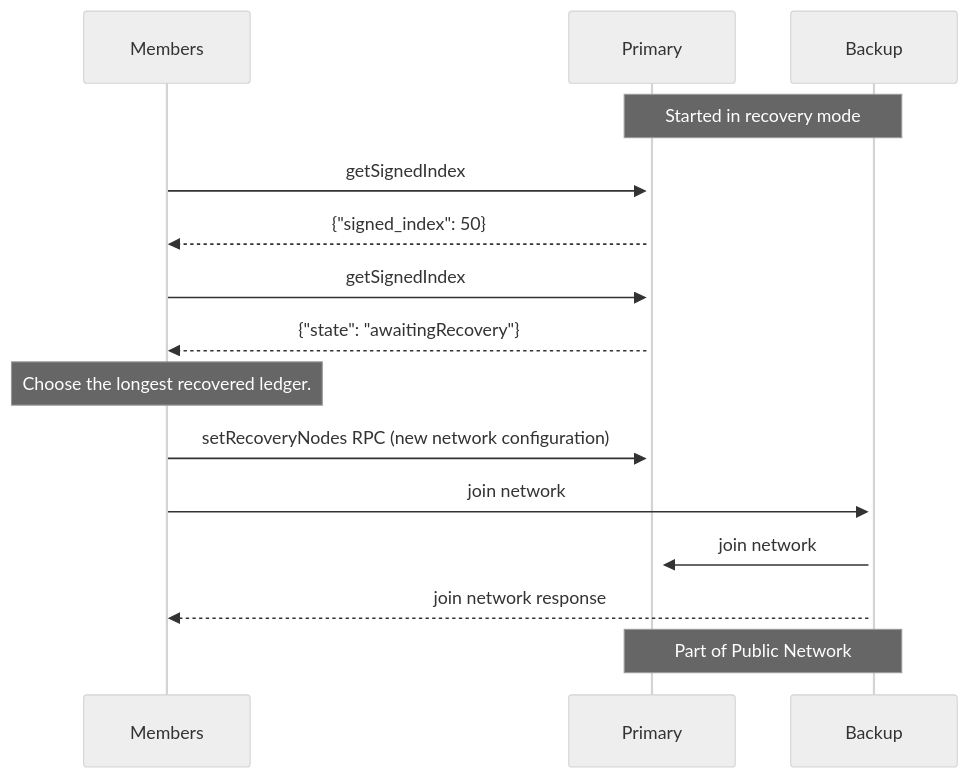
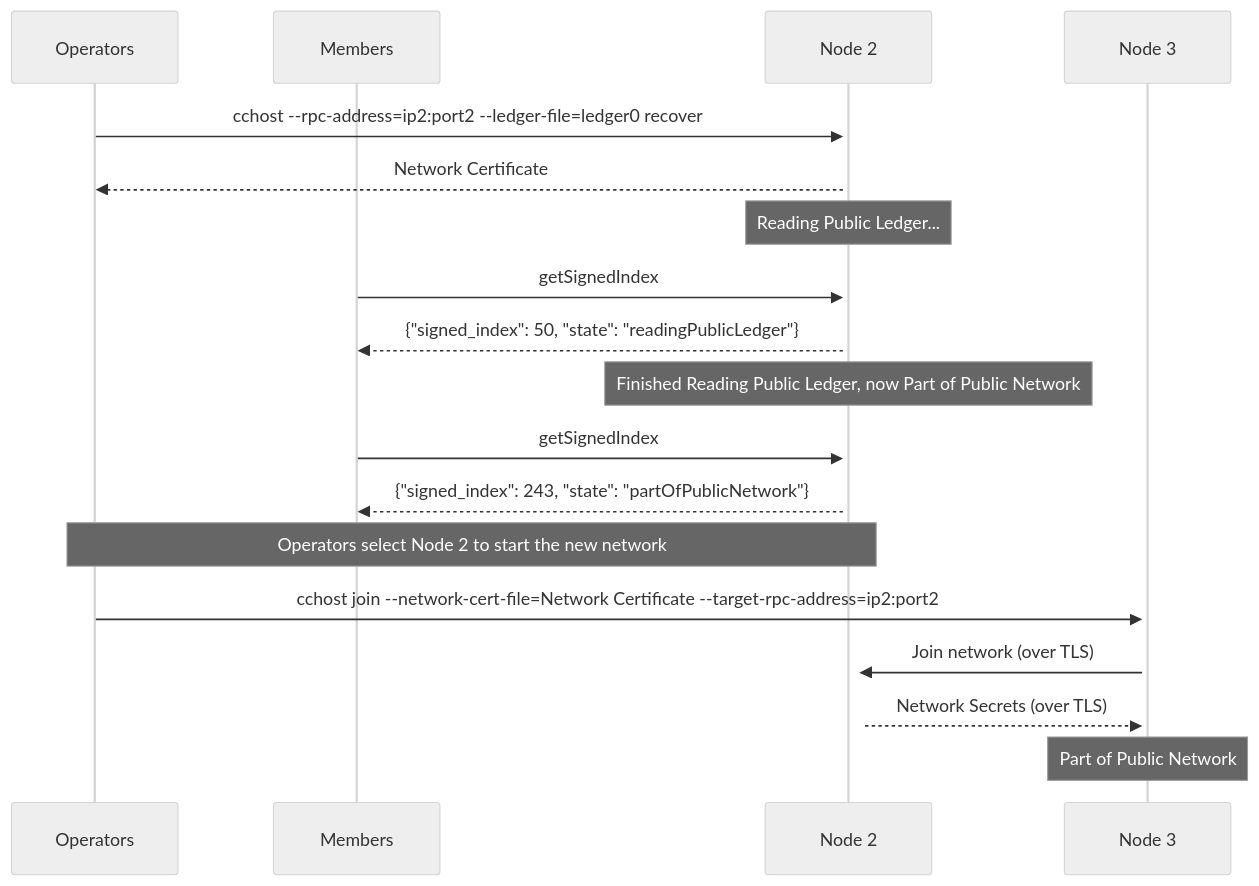
One commit to microsoft/CCF changed the first of 2 diagrams in sphinx/source/recovery.rst. Above: the diagram before and after it, drawn with Mermaid (neutral theme). The commit also changed other lines of this file and 12 other files, not shown here.

```diff
--- a/sphinx/source/recovery.rst
+++ b/sphinx/source/recovery.rst
@@ -36,23 +37,25 @@
 .. mermaid::
 
     sequenceDiagram
+        participant Operators
         participant Members
-        participant Primary
-        participant Backup
+        participant Node 2
+        participant Node 3
 
-        Note over Primary, Backup: Started in recovery mode
+        Operators->>+Node 2: cchost --rpc-address=ip2:port2 --ledger-file=ledger0 recover
+        Node 2-->>Operators: Network Certificate
+        Note over Node 2: Reading Public Ledger...
 
-        Members->>+Primary: getSignedIndex
-        Primary-->>Members: {"signed_index": 50}
-        Members->>Primary: getSignedIndex
-        Primary-->>Members: {"state": "awaitingRecovery"}
+        Members->>+Node 2: getSignedIndex
+        Node 2-->>Members: {"signed_index": 50, "state": "readingPublicLedger"}
+        Note over Node 2: Finished Reading Public Ledger, now Part of Public Network
+        Members->>Node 2: getSignedIndex
+        Node 2-->>Members: {"signed_index": 243, "state": "partOfPublicNetwork"}
 
-        Note over Members: Choose the longest recovered ledger.
+        Note over Operators, Node 2: Operators select Node 2 to start the new network
 
-        Members->>+Primary: setRecoveryNodes RPC (new network configuration)
+        Operators->>+Node 3: cchost join --network-cert-file=Network Certificate --target-rpc-address=ip2:port2
+        Node 3->>+Node 2: Join network (over TLS)
+        Node 2-->>Node 3: Network Secrets (over TLS)
 
-        Members->>+Backup: join network
-        Backup->>+Primary: join network
-        Backup-->>Members: join network response
-
-        Note over Primary, Backup: Part of Public Network
+        Note over Node 3: Part of Public Network
```
